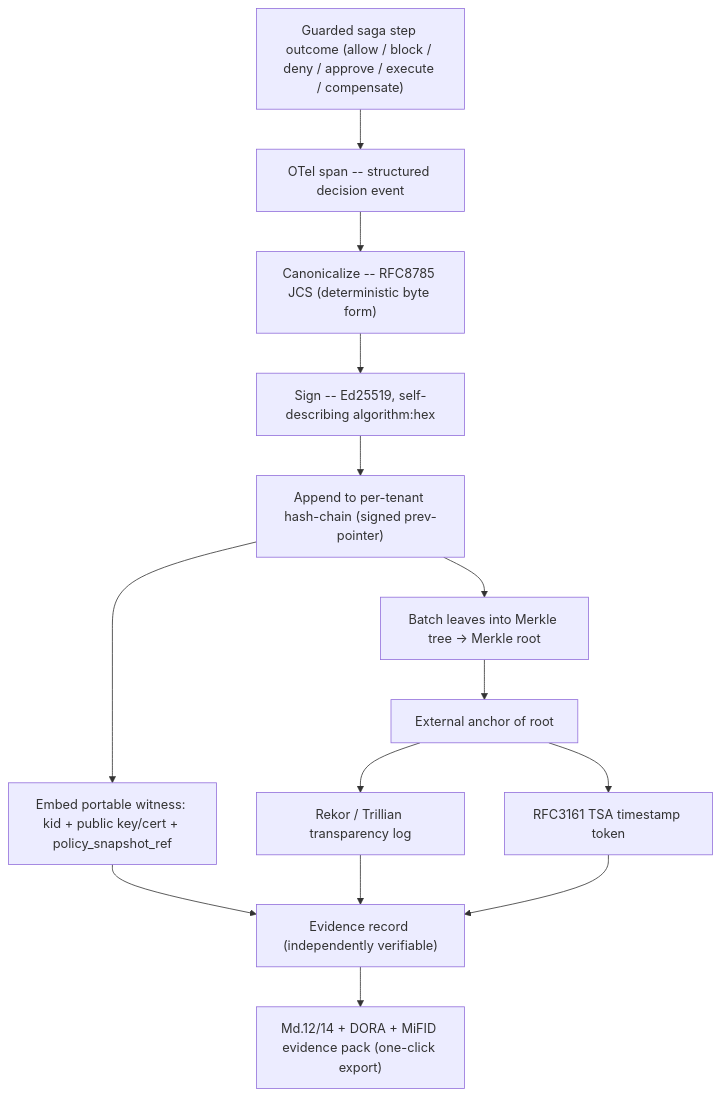
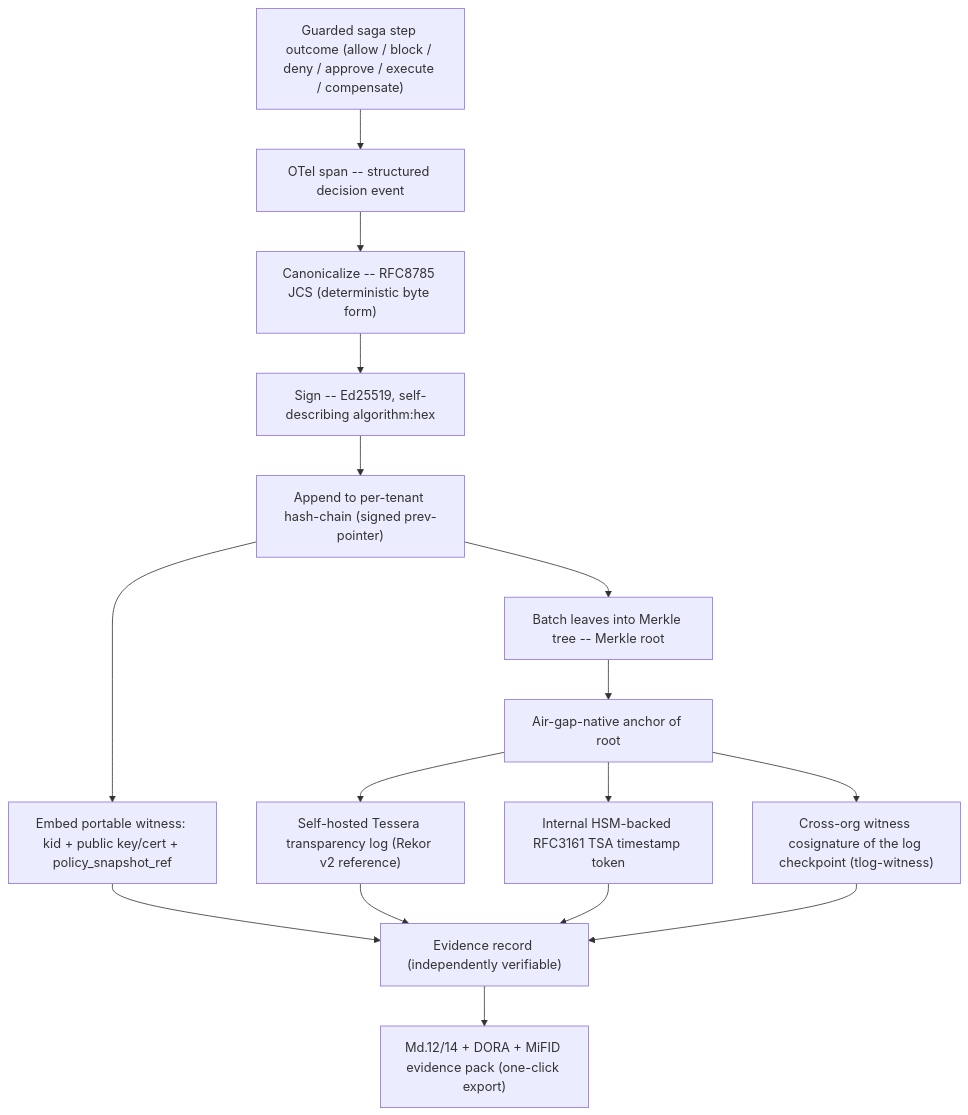
Before and after one commit to HodeTech/provna: the first of 3 diagrams in docs/architecture/pillar-4-tamper-evident-audit.md, drawn with Mermaid. The commit also changed other lines of this file and 24 other files, not shown here.

````diff
--- a/docs/architecture/pillar-4-tamper-evident-audit.md
+++ b/docs/architecture/pillar-4-tamper-evident-audit.md
@@ -36,16 +36,18 @@
 ```mermaid
 flowchart TD
     A["Guarded saga step outcome (allow / block / deny / approve / execute / compensate)"] --> B["OTel span -- structured decision event"]
     B --> C["Canonicalize -- RFC8785 JCS (deterministic byte form)"]
     C --> D["Sign -- Ed25519, self-describing algorithm:hex"]
     D --> E["Append to per-tenant hash-chain (signed prev-pointer)"]
-    E --> F["Batch leaves into Merkle tree -> Merkle root"]
-    F --> G["External anchor of root"]
-    G --> G1["Rekor / Trillian transparency log"]
-    G --> G2["RFC3161 TSA timestamp token"]
+    E --> F["Batch leaves into Merkle tree -- Merkle root"]
+    F --> G["Air-gap-native anchor of root"]
+    G --> G1["Self-hosted Tessera transparency log (Rekor v2 reference)"]
+    G --> G2["Internal HSM-backed RFC3161 TSA timestamp token"]
+    G --> G3["Cross-org witness cosignature of the log checkpoint (tlog-witness)"]
     E --> H["Embed portable witness: kid + public key/cert + policy_snapshot_ref"]
     H --> I["Evidence record (independently verifiable)"]
     G1 --> I
     G2 --> I
+    G3 --> I
     I --> J["Md.12/14 + DORA + MiFID evidence pack (one-click export)"]
 ```
````
